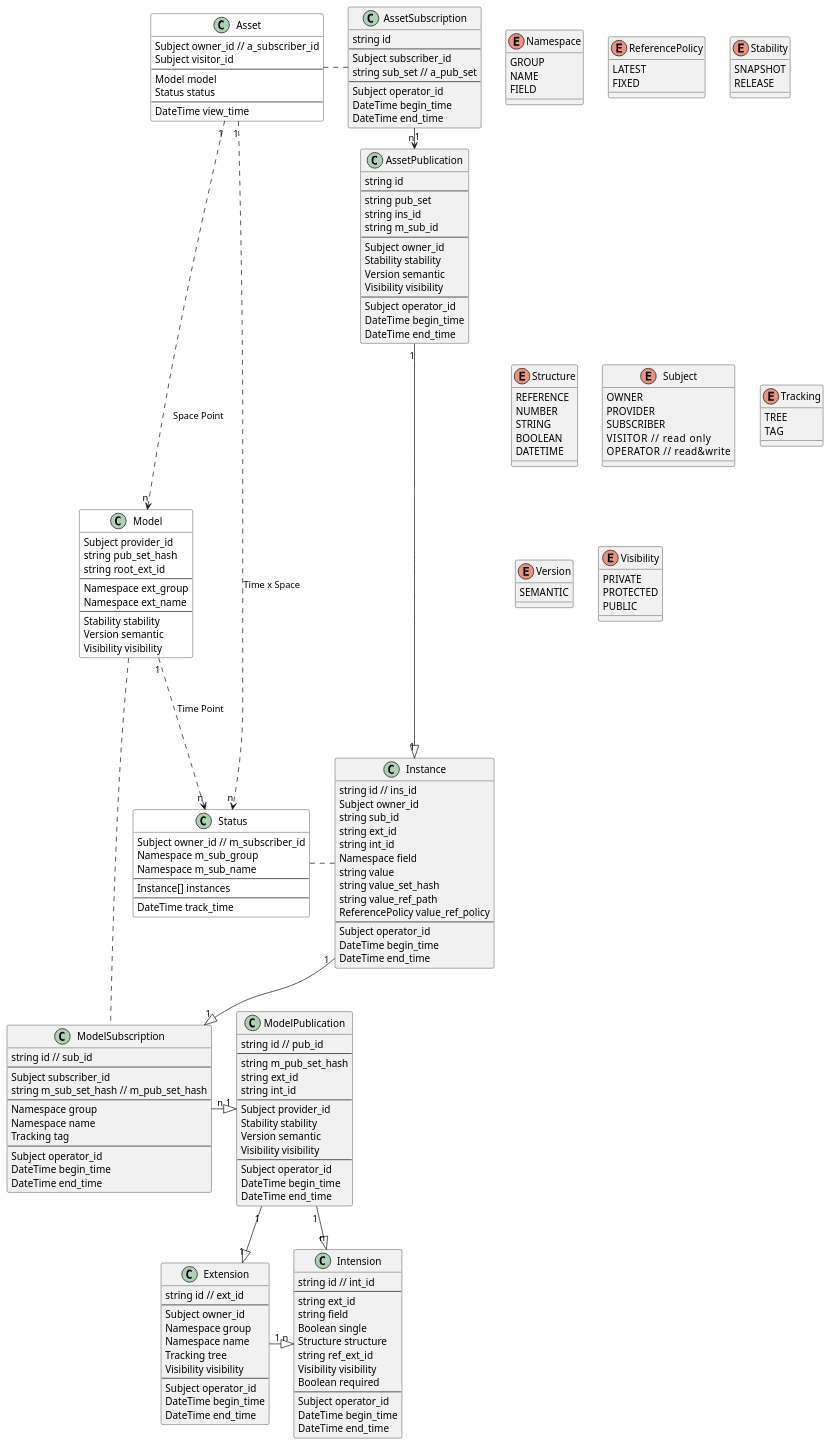
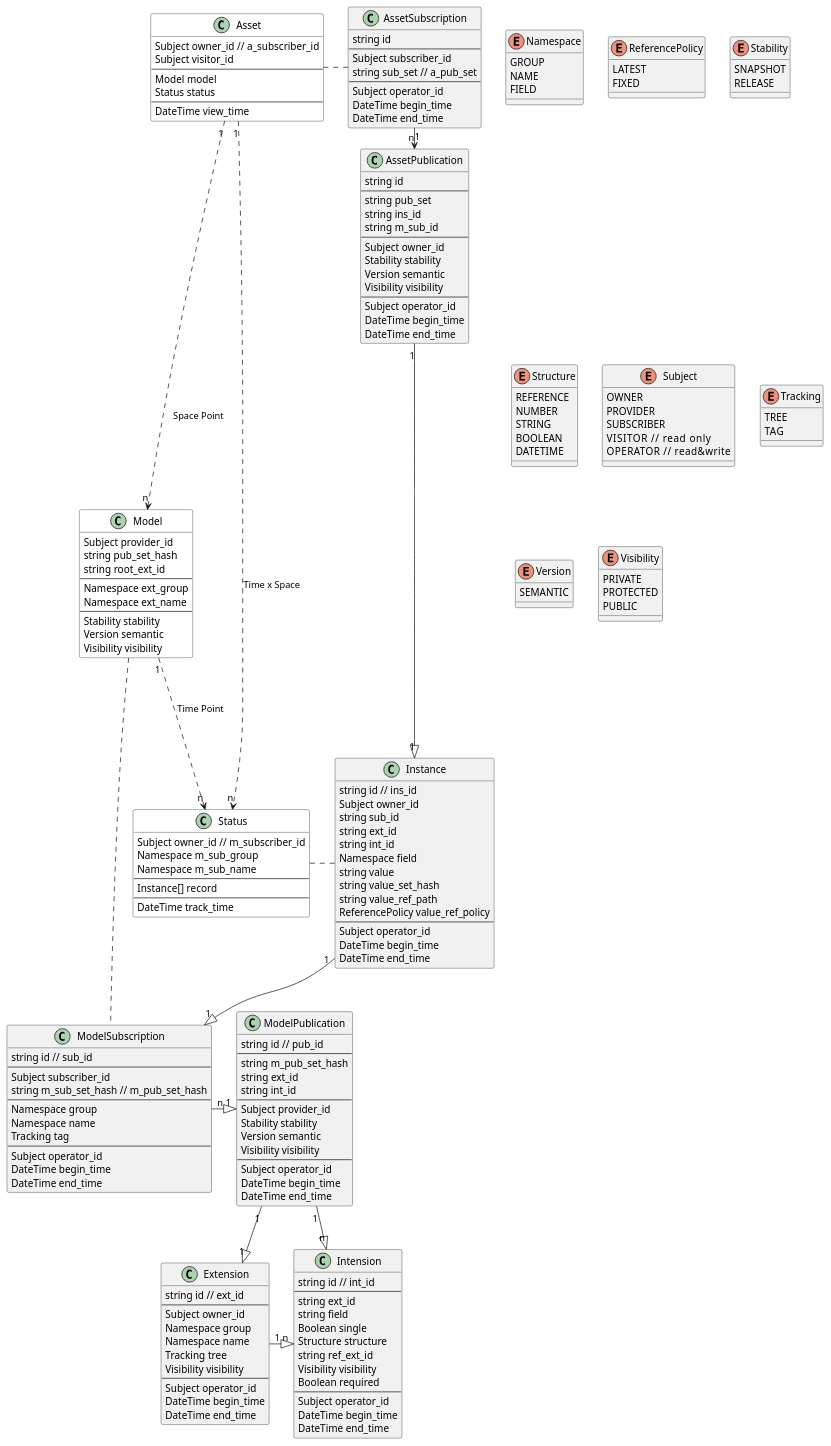
Before and after one commit to SINeWang/kiimate: the diagram in kiimate.puml, drawn with PlantUML. The commit also changed 12 other files, not shown here.

```diff
--- a/kiimate.puml
+++ b/kiimate.puml
@@ -43,7 +43,7 @@
     Namespace m_sub_group
     Namespace m_sub_name
     ---
-    Instance[] instances
+    Instance[] record
     ---
     DateTime track_time
 }
```
